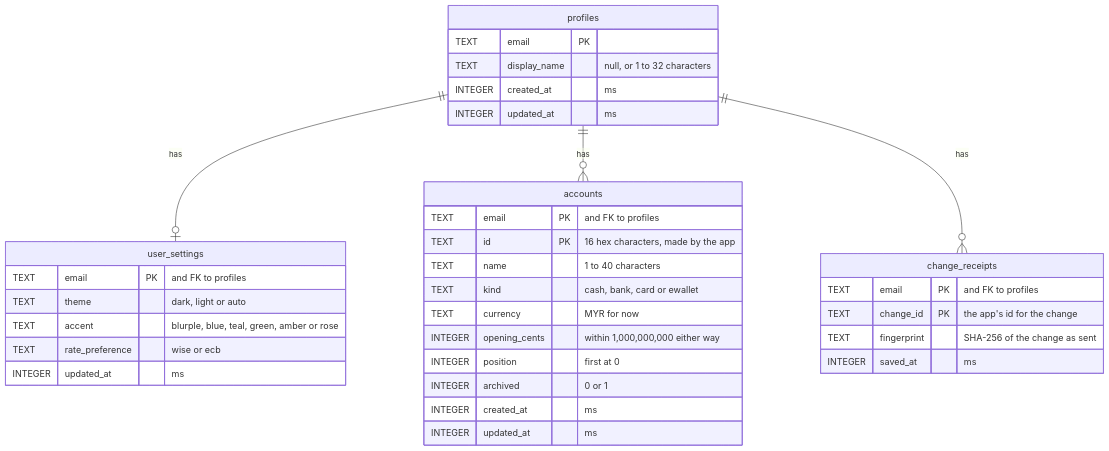
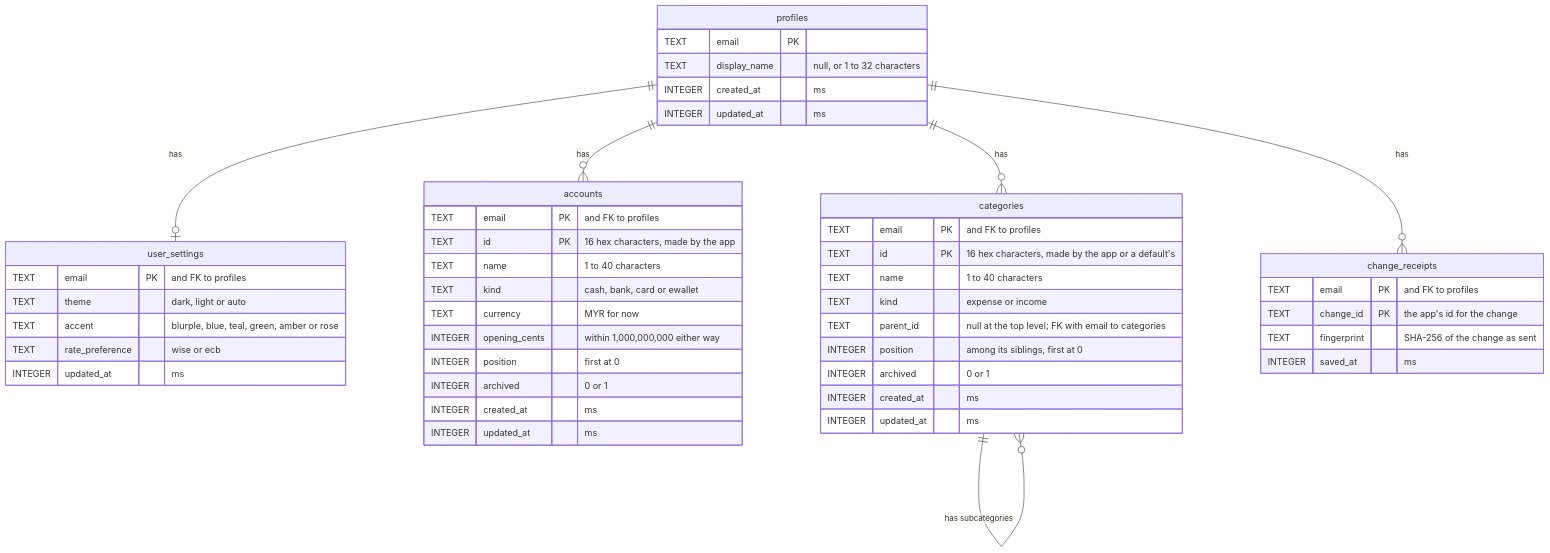
One commit to BlueSky0322/mahnee changed the diagram in docs/erd.md. Above: the diagram before and after it, drawn with Mermaid. The commit also changed other lines of this file and 30 other files, not shown here.

First line of the commit message:
feat(categories): set up categories and subcategories

````diff
--- a/docs/erd.md
+++ b/docs/erd.md
@@ -7,37 +7,50 @@
 ```mermaid
 erDiagram
   profiles ||--o| user_settings : "has"
   profiles ||--o{ accounts : "has"
+  profiles ||--o{ categories : "has"
+  categories ||--o{ categories : "has subcategories"
   profiles ||--o{ change_receipts : "has"
   profiles {
     TEXT email PK
     TEXT display_name "null, or 1 to 32 characters"
     INTEGER created_at "ms"
     INTEGER updated_at "ms"
   }
   user_settings {
     TEXT email PK "and FK to profiles"
     TEXT theme "dark, light or auto"
     TEXT accent "blurple, blue, teal, green, amber or rose"
     TEXT rate_preference "wise or ecb"
     INTEGER updated_at "ms"
   }
   accounts {
     TEXT email PK "and FK to profiles"
     TEXT id PK "16 hex characters, made by the app"
     TEXT name "1 to 40 characters"
     TEXT kind "cash, bank, card or ewallet"
     TEXT currency "MYR for now"
     INTEGER opening_cents "within 1,000,000,000 either way"
     INTEGER position "first at 0"
     INTEGER archived "0 or 1"
     INTEGER created_at "ms"
     INTEGER updated_at "ms"
   }
+  categories {
+    TEXT email PK "and FK to profiles"
+    TEXT id PK "16 hex characters, made by the app or a default's"
+    TEXT name "1 to 40 characters"
+    TEXT kind "expense or income"
+    TEXT parent_id "null at the top level; FK with email to categories"
+    INTEGER position "among its siblings, first at 0"
+    INTEGER archived "0 or 1"
+    INTEGER created_at "ms"
+    INTEGER updated_at "ms"
+  }
   change_receipts {
     TEXT email PK "and FK to profiles"
     TEXT change_id PK "the app's id for the change"
     TEXT fingerprint "SHA-256 of the change as sent"
     INTEGER saved_at "ms"
   }
 ```
````
